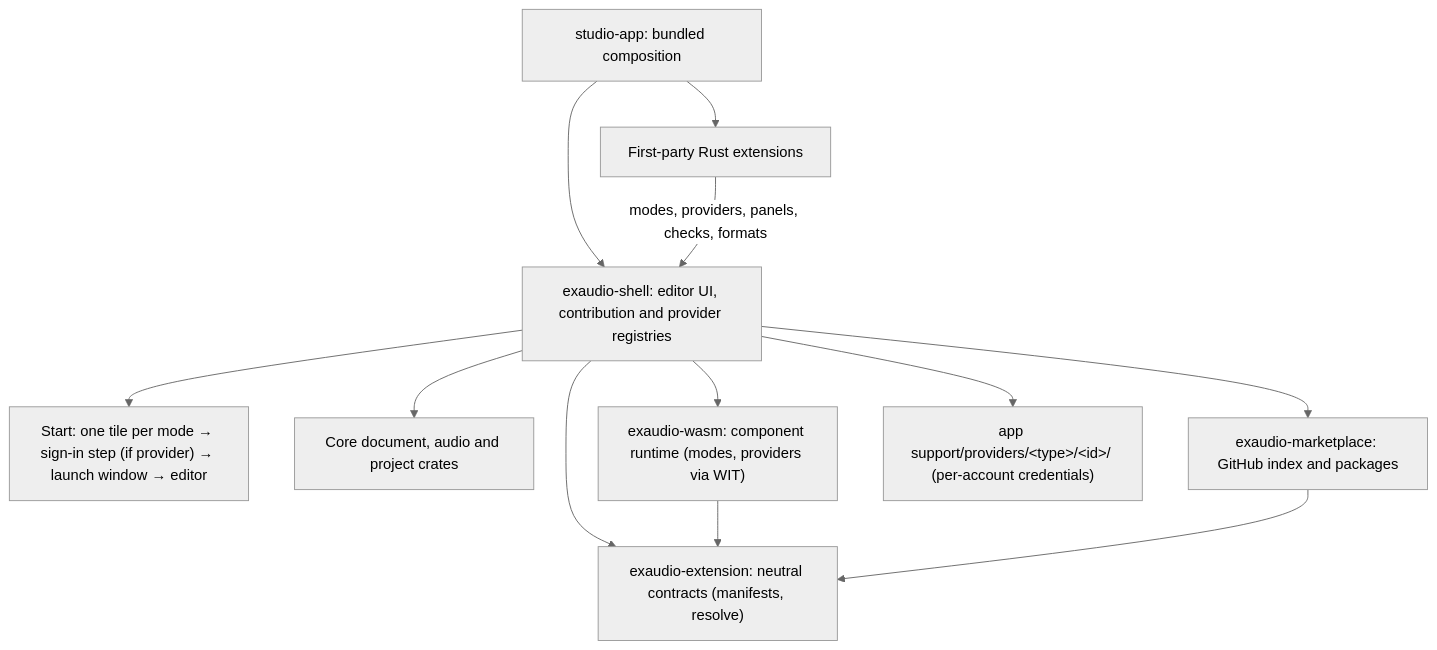
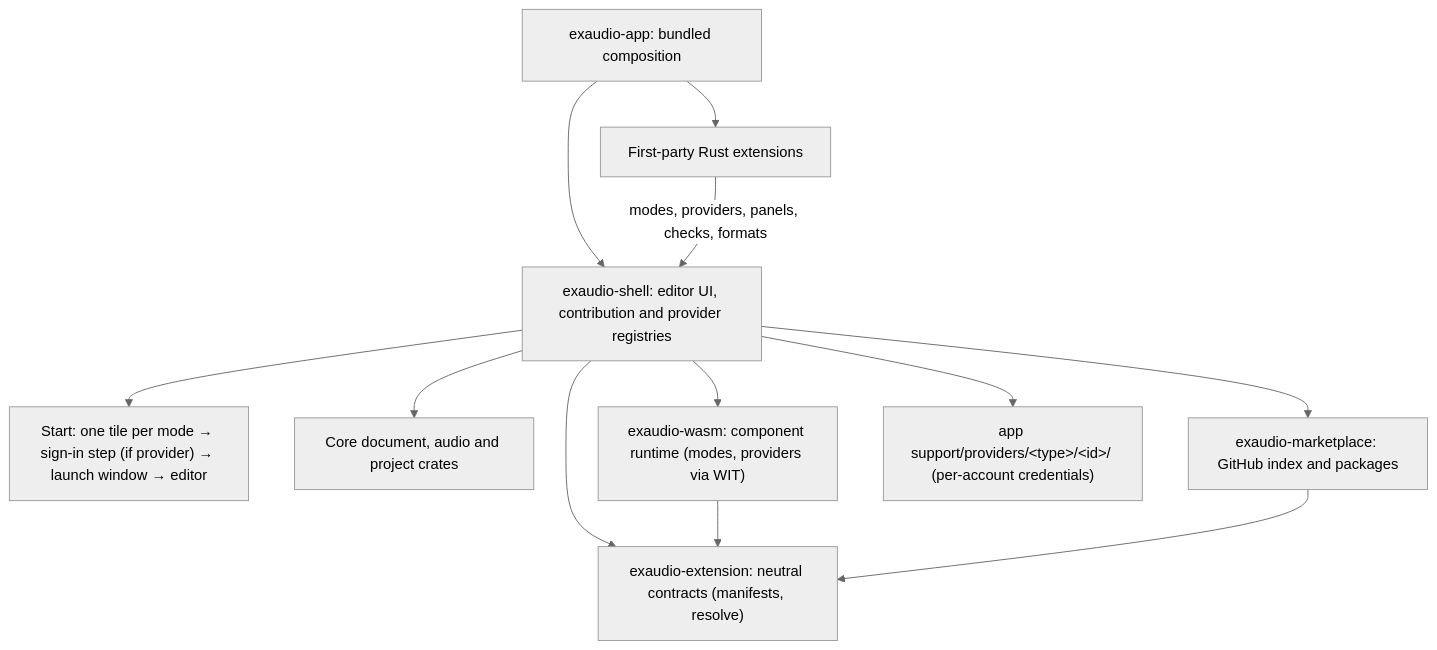
One commit to Nominy/exaudio changed the diagram in docs/architecture.md. Above: the diagram before and after it, drawn with Mermaid (neutral theme). The commit also changed other lines of this file and 388 other files, not shown here.

First line of the commit message:
Rename the remaining studio names to exaudio

````diff
--- a/docs/architecture.md
+++ b/docs/architecture.md
@@ -13,14 +13,14 @@
 ```mermaid
 flowchart TD
-    App["studio-app: bundled composition"] --> Shell["exaudio-shell: editor UI, contribution and provider registries"]
+    App["exaudio-app: bundled composition"] --> Shell["exaudio-shell: editor UI, contribution and provider registries"]
     App --> Extensions["First-party Rust extensions"]
     Extensions -->|modes, providers, panels, checks, formats| Shell
     Shell --> Start["Start: one tile per mode → sign-in step (if provider) → launch window → editor"]
     Shell --> Core["Core document, audio and project crates"]
     Shell --> API["exaudio-extension: neutral contracts (manifests, resolve)"]
     Shell --> Wasm["exaudio-wasm: component runtime (modes, providers via WIT)"]
     Shell --> Marketplace["exaudio-marketplace: GitHub index and packages"]
     Shell --> Instances["app support/providers/&lt;type&gt;/&lt;id&gt;/ (per-account credentials)"]
     Wasm --> API
     Marketplace --> API
 ```
````
